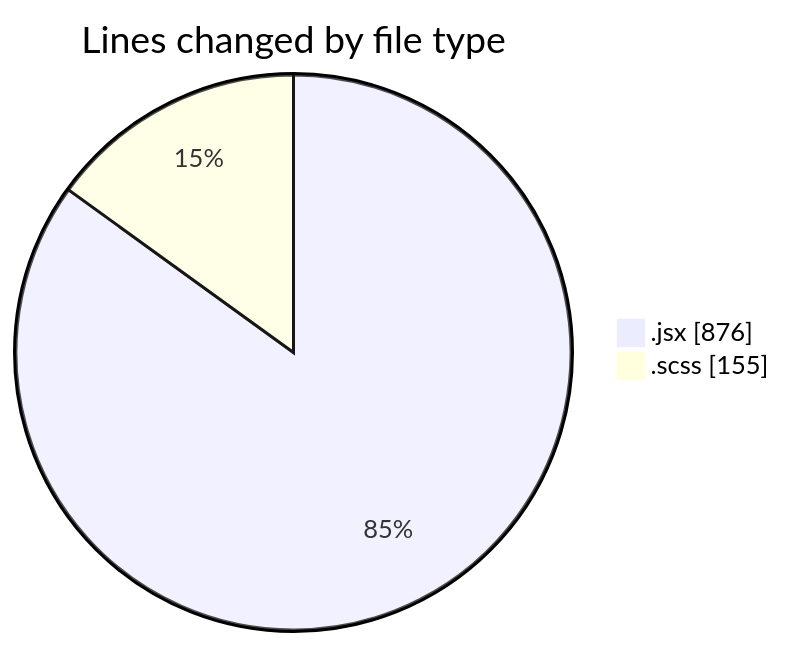
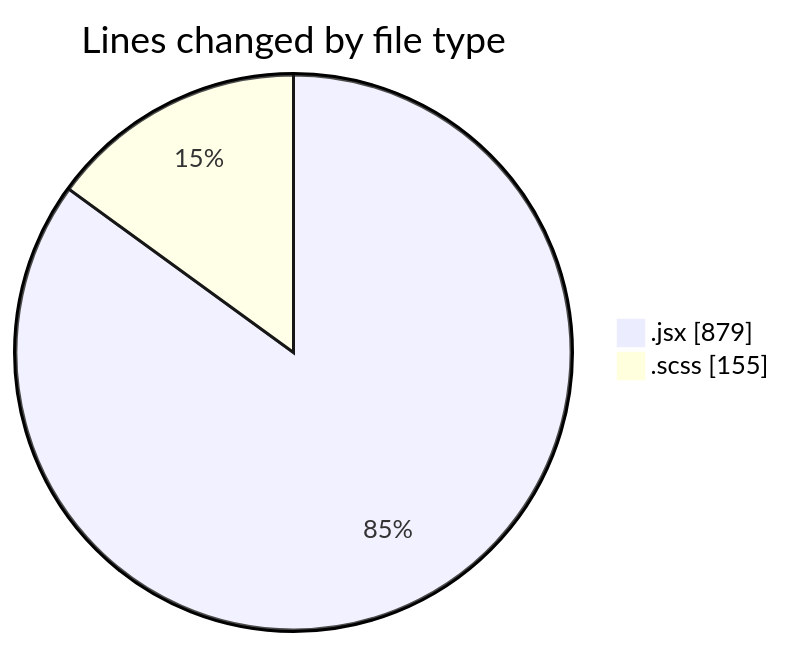
One commit to momahboobian/code-tracking changed the first of 2 diagrams in 2026-09-02/cda/README.md. Above: the diagram before and after it, drawn with Mermaid. The commit also changed other lines of this file and 1 other file, not shown here.

````diff
--- a/2026-09-02/cda/README.md
+++ b/2026-09-02/cda/README.md
@@ -24,6 +24,6 @@
 ```mermaid
 pie showData
 title Lines changed by file type
-".jsx" : 876
+".jsx" : 879
 ".scss" : 155
 ```
````
